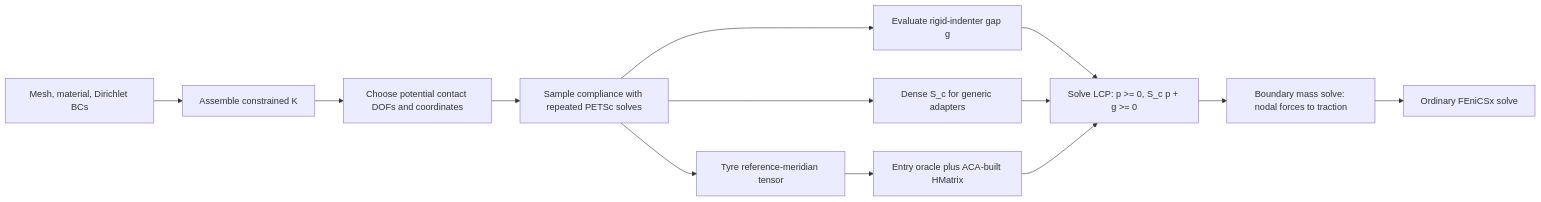
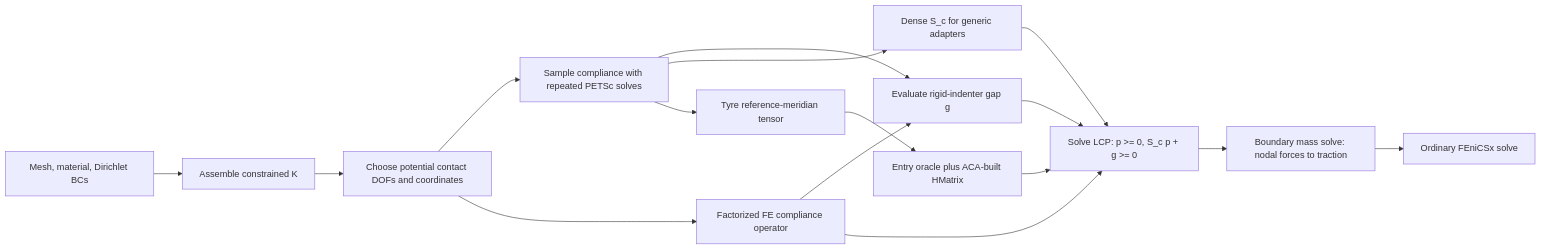
The diagram in docs/architecture.md (cofebem/cofebem-python), drawn with Mermaid before and after one commit. The commit also changed other lines of this file and 7 other files, not shown here.

````diff
--- a/docs/architecture.md
+++ b/docs/architecture.md
@@ -82,15 +82,18 @@
 ```mermaid
 flowchart LR
     A[Mesh, material, Dirichlet BCs] --> B[Assemble constrained K]
     B --> C[Choose potential contact DOFs and coordinates]
     C --> D[Sample compliance with repeated PETSc solves]
+    C --> M[Factorized FE compliance operator]
     D --> E[Evaluate rigid-indenter gap g]
+    M --> E
     E --> F[Solve LCP: p >= 0, S_c p + g >= 0]
     F --> G[Boundary mass solve: nodal forces to traction]
     G --> H[Ordinary FEniCSx solve]
     D --> I[Dense S_c for generic adapters]
     I --> F
     D --> J[Tyre reference-meridian tensor]
     J --> K[Entry oracle plus ACA-built HMatrix]
     K --> F
+    M --> F
 ```
````
